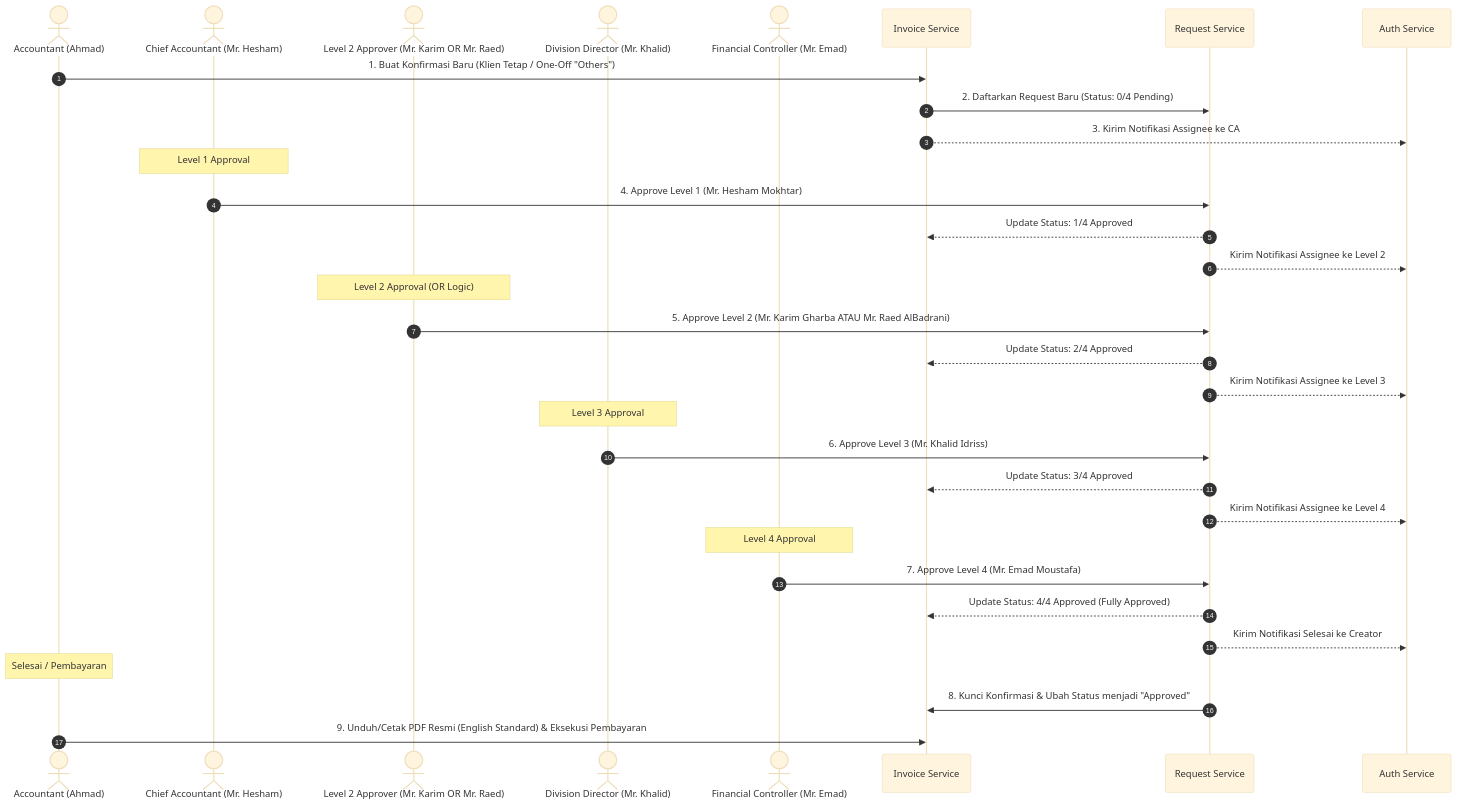
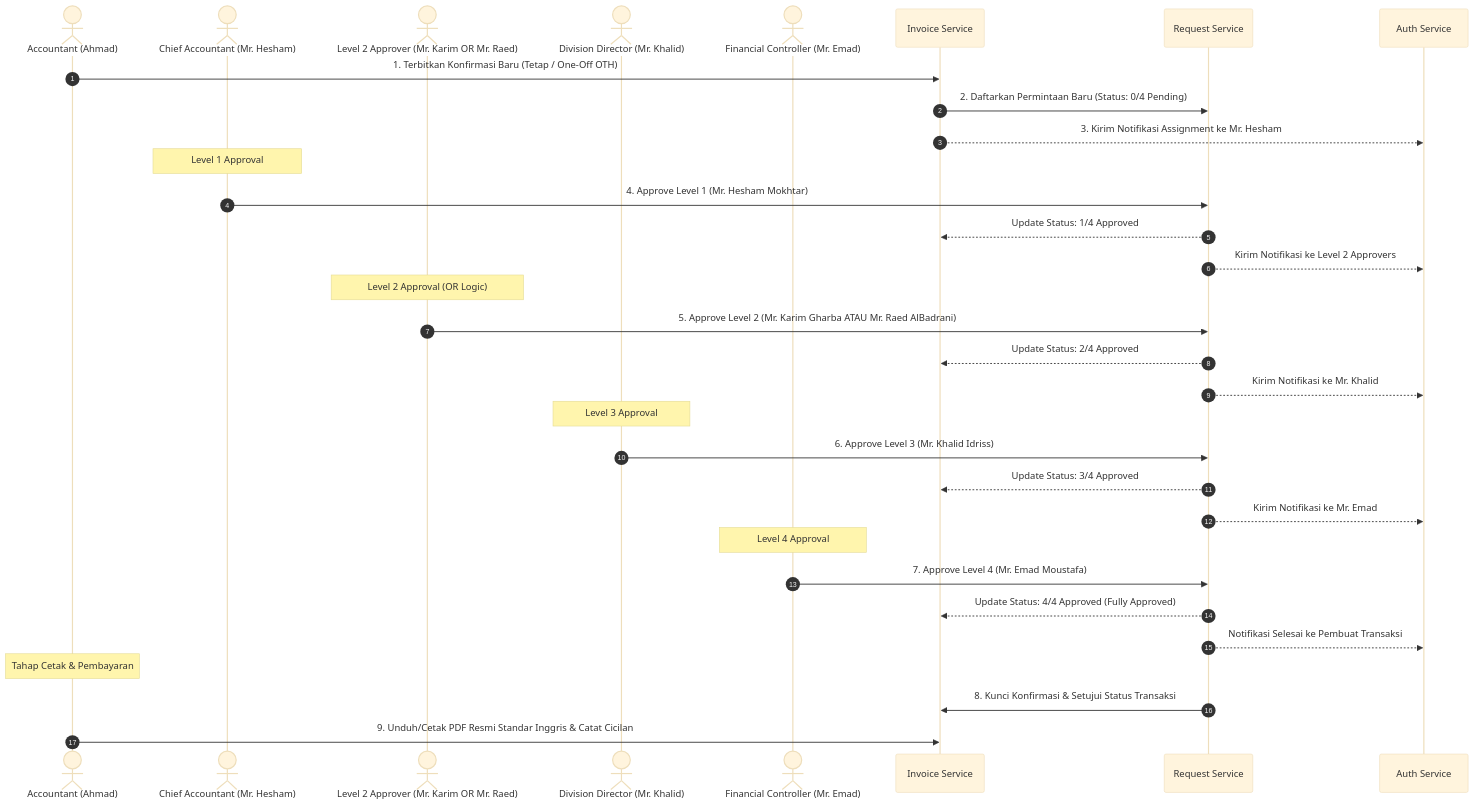
The third of 4 diagrams in README.md (dimasalvarizk/finance-system), drawn with Mermaid (base theme) before and after one commit. The commit also changed other lines of this file and 22 other files, not shown here.

````diff
--- a/README.md
+++ b/README.md
@@ -151,37 +246,37 @@
 ```mermaid
 sequenceDiagram
     autonumber
     actor Accountant as Accountant (Ahmad)
     actor CA as Chief Accountant (Mr. Hesham)
     actor L2 as Level 2 Approver (Mr. Karim OR Mr. Raed)
     actor DD as Division Director (Mr. Khalid)
     actor FC as Financial Controller (Mr. Emad)
 
-    Accountant->>Invoice Service: 1. Buat Konfirmasi Baru (Klien Tetap / One-Off "Others")
-    Invoice Service->>Request Service: 2. Daftarkan Request Baru (Status: 0/4 Pending)
-    Invoice Service-->>Auth Service: 3. Kirim Notifikasi Assignee ke CA
+    Accountant->>Invoice Service: 1. Terbitkan Konfirmasi Baru (Tetap / One-Off OTH)
+    Invoice Service->>Request Service: 2. Daftarkan Permintaan Baru (Status: 0/4 Pending)
+    Invoice Service-->>Auth Service: 3. Kirim Notifikasi Assignment ke Mr. Hesham
     
     Note over CA: Level 1 Approval
     CA->>Request Service: 4. Approve Level 1 (Mr. Hesham Mokhtar)
     Request Service-->>Invoice Service: Update Status: 1/4 Approved
-    Request Service-->>Auth Service: Kirim Notifikasi Assignee ke Level 2
+    Request Service-->>Auth Service: Kirim Notifikasi ke Level 2 Approvers
 
     Note over L2: Level 2 Approval (OR Logic)
     L2->>Request Service: 5. Approve Level 2 (Mr. Karim Gharba ATAU Mr. Raed AlBadrani)
     Request Service-->>Invoice Service: Update Status: 2/4 Approved
-    Request Service-->>Auth Service: Kirim Notifikasi Assignee ke Level 3
+    Request Service-->>Auth Service: Kirim Notifikasi ke Mr. Khalid
 
     Note over DD: Level 3 Approval
     DD->>Request Service: 6. Approve Level 3 (Mr. Khalid Idriss)
     Request Service-->>Invoice Service: Update Status: 3/4 Approved
-    Request Service-->>Auth Service: Kirim Notifikasi Assignee ke Level 4
+    Request Service-->>Auth Service: Kirim Notifikasi ke Mr. Emad
 
     Note over FC: Level 4 Approval
     FC->>Request Service: 7. Approve Level 4 (Mr. Emad Moustafa)
     Request Service-->>Invoice Service: Update Status: 4/4 Approved (Fully Approved)
-    Request Service-->>Auth Service: Kirim Notifikasi Selesai ke Creator
+    Request Service-->>Auth Service: Notifikasi Selesai ke Pembuat Transaksi
     
-    Note over Accountant: Selesai / Pembayaran
-    Request Service->>Invoice Service: 8. Kunci Konfirmasi & Ubah Status menjadi "Approved"
-    Accountant->>Invoice Service: 9. Unduh/Cetak PDF Resmi (English Standard) & Eksekusi Pembayaran
+    Note over Accountant: Tahap Cetak & Pembayaran
+    Request Service->>Invoice Service: 8. Kunci Konfirmasi & Setujui Status Transaksi
+    Accountant->>Invoice Service: 9. Unduh/Cetak PDF Resmi Standar Inggris & Catat Cicilan
 ```
````
